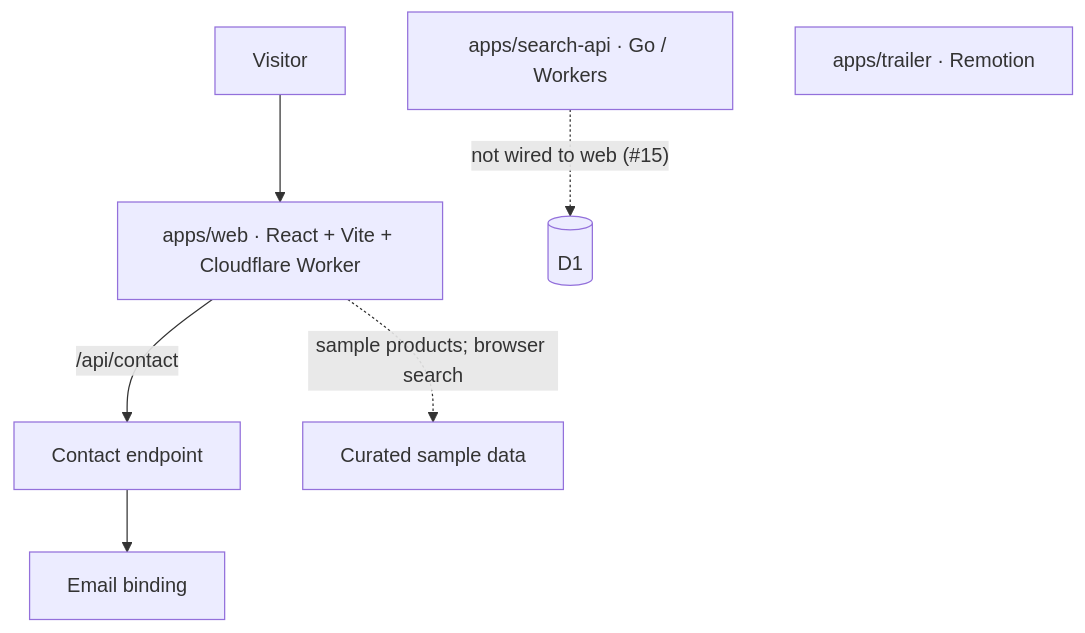
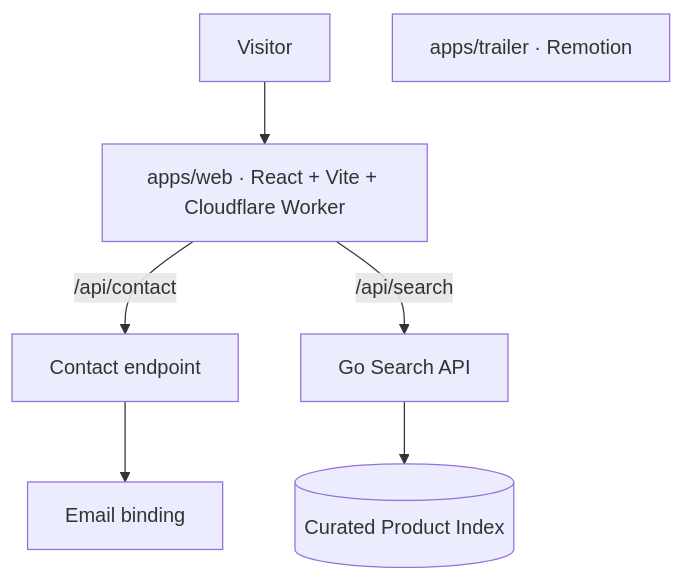
Before and after one commit to iskWang/taiwanhaul: the first of 2 diagrams in README.md, drawn with Mermaid. The commit also changed other lines of this file and 16 other files, not shown here.

````diff
--- a/README.md
+++ b/README.md
@@ -7,9 +7,9 @@
 ```mermaid
 graph TD
   Visitor --> Web["apps/web · React + Vite + Cloudflare Worker"]
   Web -->|"/api/contact"| Contact["Contact endpoint"]
   Contact --> Email["Email binding"]
-  Web -. "sample products; browser search" .-> Catalog["Curated sample data"]
-  SearchAPI["apps/search-api · Go / Workers"] -. "not wired to web (#15)" .-> D1[("D1")]
+  Web -->|"/api/search"| SearchAPI["Go Search API"]
+  SearchAPI --> D1[("Curated Product Index")]
   Trailer["apps/trailer · Remotion"]
 ```
````
